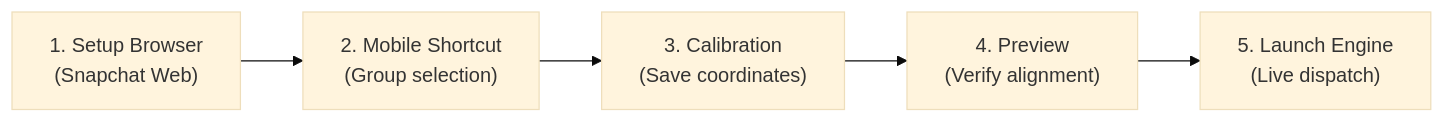
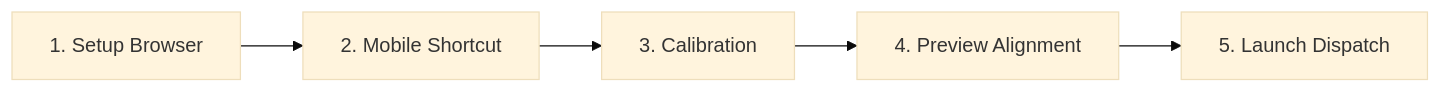
Before and after one commit to n1n00737/Snapscore-Botter: the diagram in README.md, drawn with Mermaid (base theme). The commit also changed other lines of this file and 1 other file, not shown here.

````diff
--- a/README.md
+++ b/README.md
@@ -108,7 +101,7 @@
 ```mermaid
 flowchart LR
-    A["1. Setup Browser<br/>(Snapchat Web)"] --> B["2. Mobile Shortcut<br/>(Group selection)"]
-    B --> C["3. Calibration<br/>(Save coordinates)"]
-    C --> D["4. Preview<br/>(Verify alignment)"]
-    D --> E["5. Launch Engine<br/>(Live dispatch)"]
+    A["1. Setup Browser"] --> B["2. Mobile Shortcut"]
+    B --> C["3. Calibration"]
+    C --> D["4. Preview Alignment"]
+    D --> E["5. Launch Dispatch"]
 ```
````
